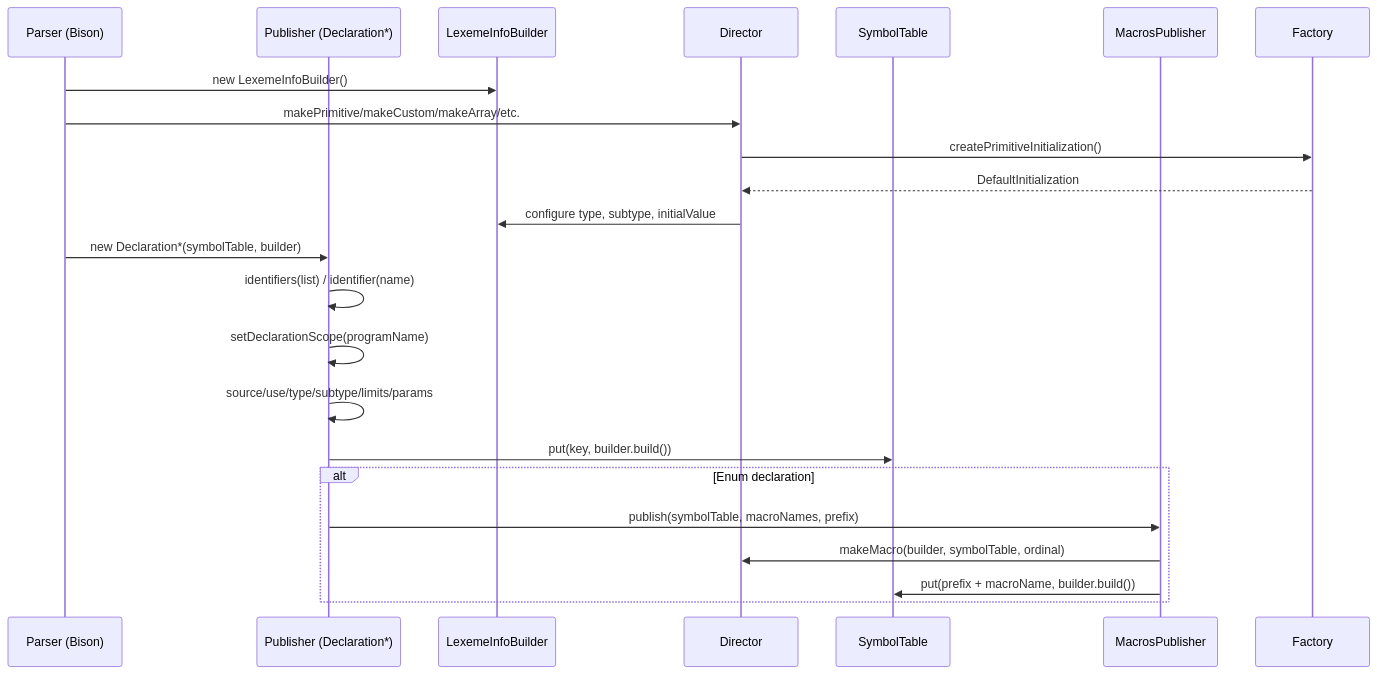
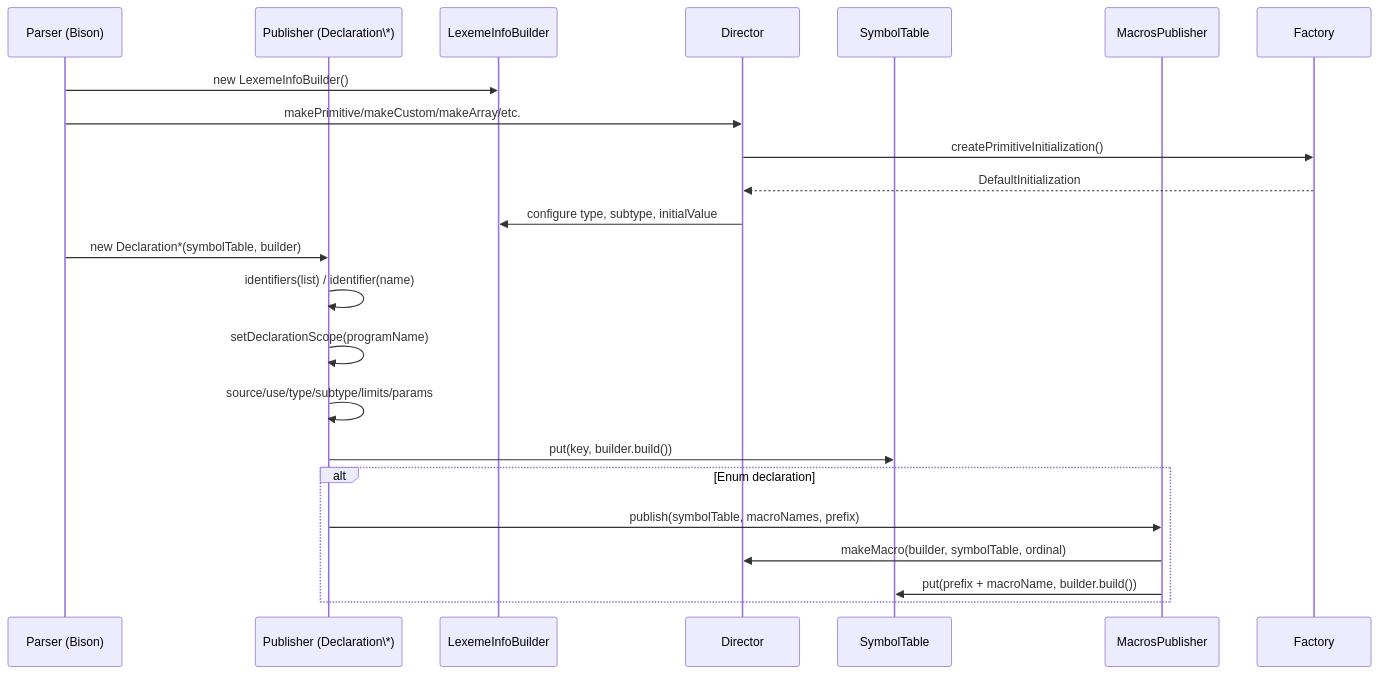
The diagram in doc/diagrams/publisher_sequence.mmd (PascalUser/FLC-IEC61131-7), drawn with Mermaid before and after one commit. The commit also changed 47 other files, not shown here.

```diff
--- a/doc/diagrams/publisher_sequence.mmd
+++ b/doc/diagrams/publisher_sequence.mmd
@@ -1,25 +1,25 @@
 sequenceDiagram
-    participant Parser as Parser (Bison)
-    participant Pub as Publisher (Declaration*)
-    participant Builder as LexemeInfoBuilder
-    participant Director as Director
-    participant ST as SymbolTable
-    participant MacroPub as MacrosPublisher
-    participant Factory as Factory
+participant Parser as Parser (Bison)
+participant Pub as Publisher (Declaration\*)
+participant Builder as LexemeInfoBuilder
+participant Director as Director
+participant ST as SymbolTable
+participant MacroPub as MacrosPublisher
+participant Factory as Factory
 
-    Parser->>Builder: new LexemeInfoBuilder()
-    Parser->>Director: makePrimitive/makeCustom/makeArray/etc.
-    Director->>Factory: createPrimitiveInitialization()
-    Factory-->>Director: DefaultInitialization
-    Director->>Builder: configure type, subtype, initialValue
-    Parser->>Pub: new Declaration*(symbolTable, builder)
-    Pub->>Pub: identifiers(list) / identifier(name)
-    Pub->>Pub: setDeclarationScope(programName)
-    Pub->>Pub: source/use/type/subtype/limits/params
-    Pub->>ST: put(key, builder.build())
+Parser->>Builder: new LexemeInfoBuilder()
+Parser->>Director: makePrimitive/makeCustom/makeArray/etc.
+Director->>Factory: createPrimitiveInitialization()
+Factory-->>Director: DefaultInitialization
+Director->>Builder: configure type, subtype, initialValue
+Parser->>Pub: new Declaration*(symbolTable, builder)
+Pub->>Pub: identifiers(list) / identifier(name)
+Pub->>Pub: setDeclarationScope(programName)
+Pub->>Pub: source/use/type/subtype/limits/params
+Pub->>ST: put(key, builder.build())
 
-    alt Enum declaration
-        Pub->>MacroPub: publish(symbolTable, macroNames, prefix)
-        MacroPub->>Director: makeMacro(builder, symbolTable, ordinal)
-        MacroPub->>ST: put(prefix + macroName, builder.build())
-    end
+alt Enum declaration
+    Pub->>MacroPub: publish(symbolTable, macroNames, prefix)
+    MacroPub->>Director: makeMacro(builder, symbolTable, ordinal)
+    MacroPub->>ST: put(prefix + macroName, builder.build())
+end
```
